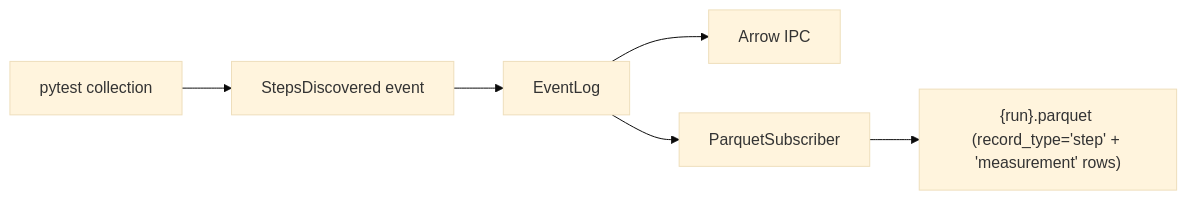
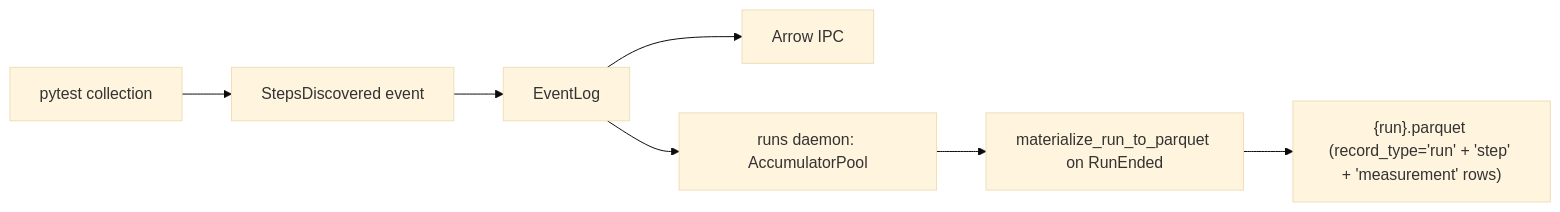
The diagram in docs/concepts/step-manifest.md (pragmatest-dev/testerkit), drawn with Mermaid (base theme) before and after one commit. The commit also changed other lines of this file and 25 other files, not shown here.

````diff
--- a/docs/concepts/step-manifest.md
+++ b/docs/concepts/step-manifest.md
@@ -38,8 +38,9 @@
 ```mermaid
 flowchart LR
     P[pytest collection] --> E[StepsDiscovered event]
     E --> EL[EventLog]
     EL --> AR[Arrow IPC]
-    EL --> PS[ParquetSubscriber]
-    PS --> PQ["{run}.parquet (record_type='step' + 'measurement' rows)"]
+    EL --> RD[runs daemon: AccumulatorPool]
+    RD --> M[materialize_run_to_parquet on RunEnded]
+    M --> PQ["{run}.parquet (record_type='run' + 'step' + 'measurement' rows)"]
 ```
````
